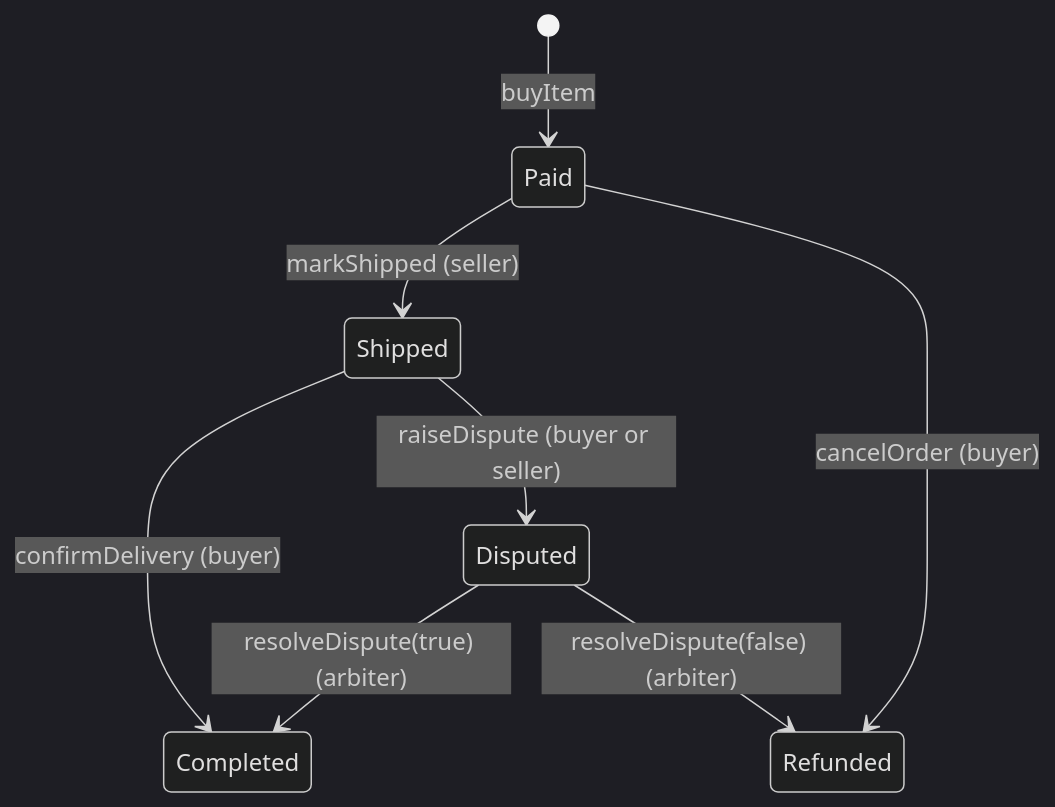
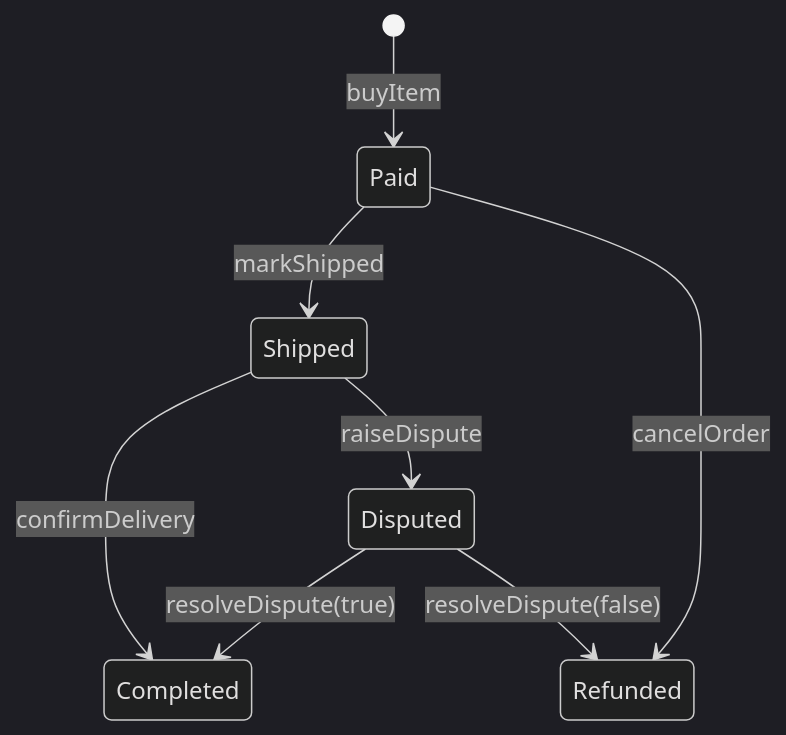
Before and after one commit to TNT87-zd/Secondhand-Market: the second of 2 diagrams in README.md, drawn with Mermaid (dark theme). The commit also changed other lines of this file and 18 other files, not shown here.

````diff
--- a/README.md
+++ b/README.md
@@ -54,10 +103,10 @@
 ```mermaid
 stateDiagram-v2
-    [*] --> Paid: buyItem
-    Paid --> Shipped: markShipped (seller)
-    Paid --> Refunded: cancelOrder (buyer)
-    Shipped --> Completed: confirmDelivery (buyer)
-    Shipped --> Disputed: raiseDispute (buyer or seller)
-    Disputed --> Completed: resolveDispute(true) (arbiter)
-    Disputed --> Refunded: resolveDispute(false) (arbiter)
+  [*] --> Paid: buyItem
+  Paid --> Shipped: markShipped
+  Paid --> Refunded: cancelOrder
+  Shipped --> Completed: confirmDelivery
+  Shipped --> Disputed: raiseDispute
+  Disputed --> Completed: resolveDispute(true)
+  Disputed --> Refunded: resolveDispute(false)
 ```
````
